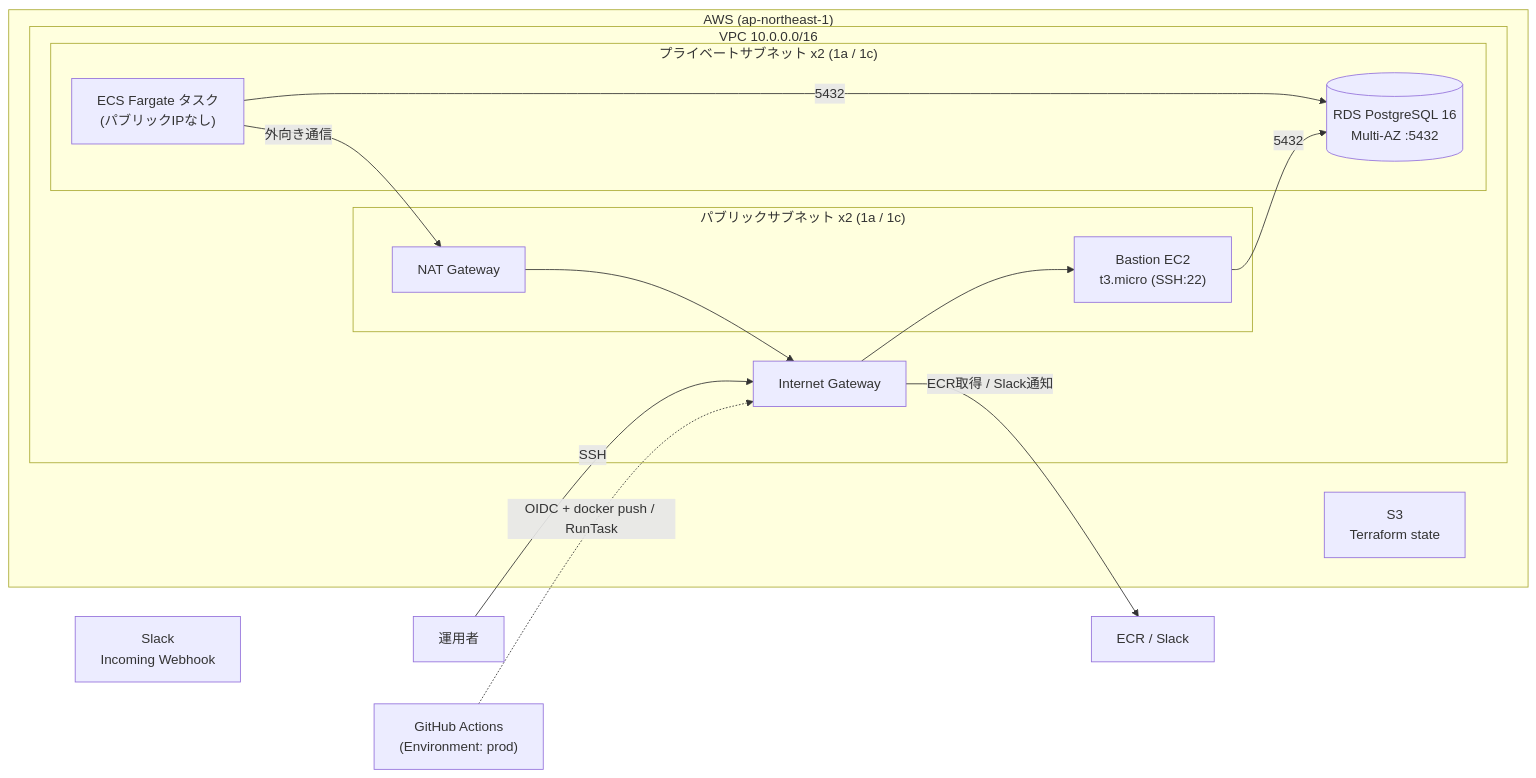
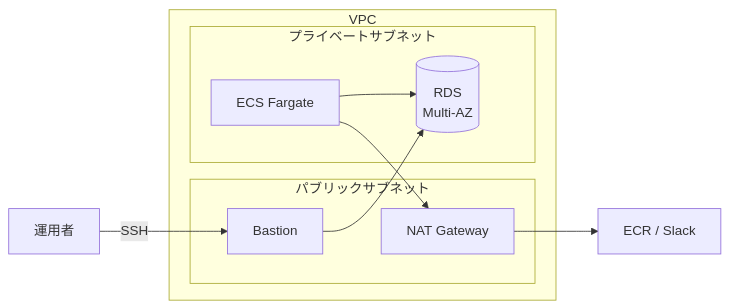
The first of 2 diagrams in README.md (sukunahikona/spring-batch-v1-monorepo), drawn with Mermaid before and after one commit. The commit also changed other lines of this file, not shown here.

Commit message:
README の構成図を簡略化して見やすくする

````diff
--- a/README.md
+++ b/README.md
@@ -28,33 +28,21 @@
 ```mermaid
 flowchart LR
     DEV["運用者"]
-    GHA["GitHub Actions<br/>(Environment: prod)"]
-    SLACK["Slack<br/>Incoming Webhook"]
+    EXT["ECR / Slack"]
 
-    subgraph AWS["AWS (ap-northeast-1)"]
-        subgraph VPC["VPC 10.0.0.0/16"]
-            IGW["Internet Gateway"]
-
-            subgraph PUB["パブリックサブネット x2 (1a / 1c)"]
-                BASTION["Bastion EC2<br/>t3.micro (SSH:22)"]
-                NAT["NAT Gateway"]
-            end
-
-            subgraph PRI["プライベートサブネット x2 (1a / 1c)"]
-                ECS["ECS Fargate タスク<br/>(パブリックIPなし)"]
-                RDS[("RDS PostgreSQL 16<br/>Multi-AZ :5432")]
-            end
+    subgraph VPC["VPC"]
+        subgraph PUB["パブリックサブネット"]
+            BASTION["Bastion"]
+            NAT["NAT Gateway"]
         end
-
-        S3["S3<br/>Terraform state"]
+        subgraph PRI["プライベートサブネット"]
+            ECS["ECS Fargate"]
+            RDS[("RDS<br/>Multi-AZ")]
+        end
     end
 
-    DEV -->|SSH| IGW
-    IGW --> BASTION
-    BASTION -->|5432| RDS
-    ECS -->|5432| RDS
-    ECS -->|外向き通信| NAT
-    NAT --> IGW
-    IGW -->|"ECR取得 / Slack通知"| EXT["ECR / Slack"]
-    GHA -.->|OIDC + docker push / RunTask| IGW
+    DEV -->|SSH| BASTION
+    BASTION --> RDS
+    ECS --> RDS
+    ECS --> NAT --> EXT
 ```
````
